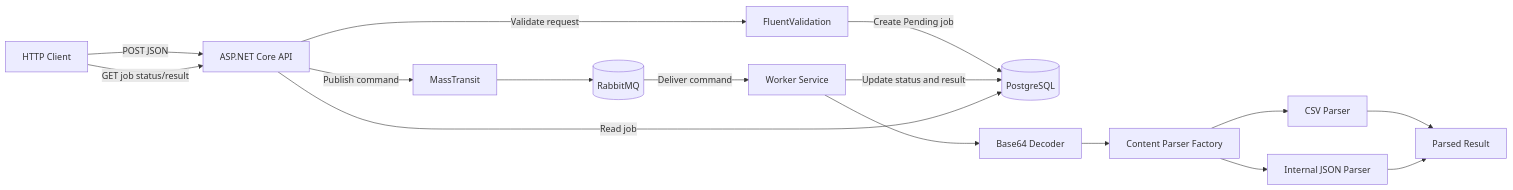
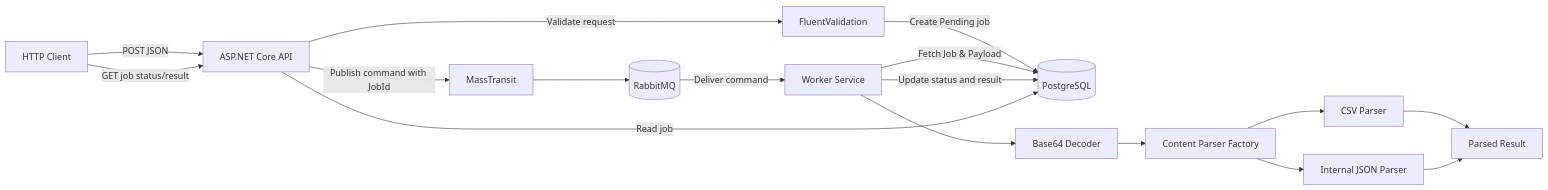
One commit to DaniilHed/GenerativeParser changed the first of 4 diagrams in README.md. Above: the diagram before and after it, drawn with Mermaid. The commit also changed other lines of this file, not shown here.

````diff
--- a/README.md
+++ b/README.md
@@ -20,19 +37,20 @@
 ```mermaid
 flowchart LR
     Client[HTTP Client] -->|POST JSON| API[ASP.NET Core API]
     API -->|Validate request| Validation[FluentValidation]
     Validation -->|Create Pending job| DB[(PostgreSQL)]
-    API -->|Publish command| MT[MassTransit]
+    API -->|Publish command with JobId| MT[MassTransit]
     MT --> MQ[(RabbitMQ)]
     MQ -->|Deliver command| Worker[Worker Service]
+    Worker -->|Fetch Job & Payload| DB
     Worker --> Decoder[Base64 Decoder]
     Decoder --> Factory[Content Parser Factory]
     Factory --> CSV[CSV Parser]
     Factory --> JSON[Internal JSON Parser]
     CSV --> Result[Parsed Result]
     JSON --> Result
     Worker -->|Update status and result| DB
     Client -->|GET job status/result| API
     API -->|Read job| DB
 
 ```
````
